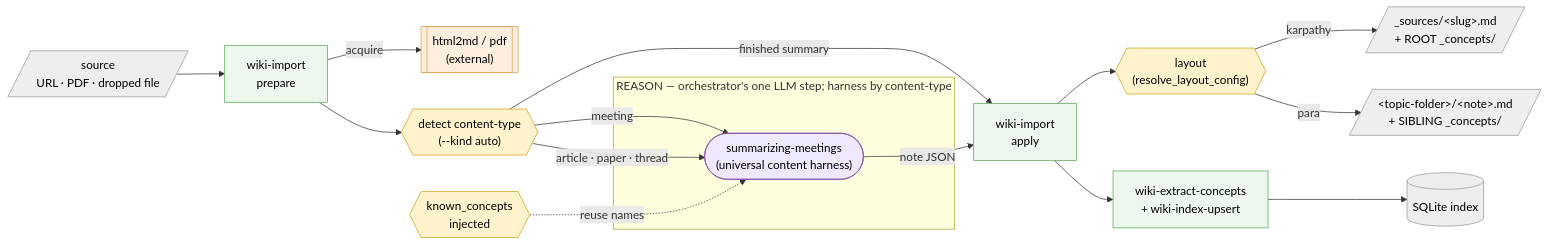
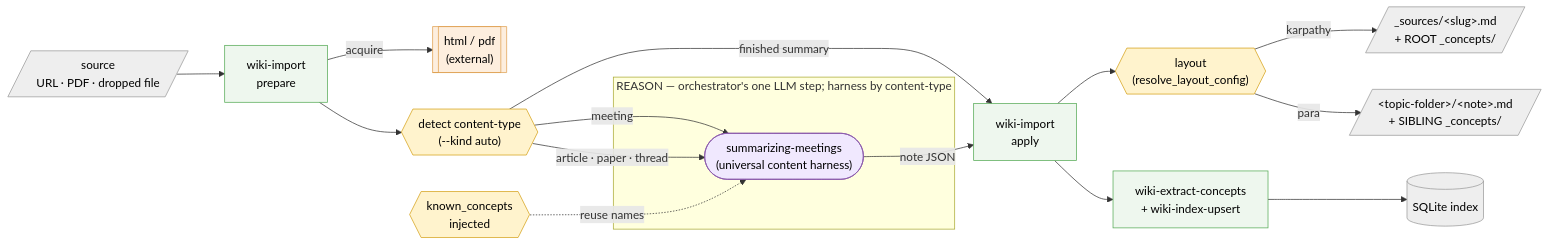
Before and after one commit to MatrixFounder/llm-wiki: the second of 3 diagrams in docs/architectures/functional-architecture.md, drawn with Mermaid. The commit also changed 14 other files, not shown here.

````diff
--- a/docs/architectures/functional-architecture.md
+++ b/docs/architectures/functional-architecture.md
@@ -715,24 +715,24 @@
 ```mermaid
 flowchart LR
     SRC[/"source<br/>URL · PDF · dropped file"/] --> PREP["wiki-import<br/>prepare"]
-    PREP -->|acquire| ACQ[["html2md / pdf<br/>(external)"]]
+    PREP -->|acquire| ACQ[["html / pdf<br/>(external)"]]
     PREP --> KIND{{"detect content-type<br/>(--kind auto)"}}
     KIND -->|meeting| R
     KIND -->|article · paper · thread| R
     KIND -->|finished summary| FILE
     KC{{"known_concepts<br/>injected"}} -.->|reuse names| R
     subgraph REASON["REASON — orchestrator's one LLM step; harness by content-type"]
       R(["summarizing-meetings<br/>(universal content harness)"])
     end
     R -->|note JSON| FILE["wiki-import<br/>apply"]
     FILE --> LAY{{"layout<br/>(resolve_layout_config)"}}
     LAY -->|karpathy| KP[/"_sources/&lt;slug&gt;.md<br/>+ ROOT _concepts/"/]
     LAY -->|para| PA[/"&lt;topic-folder&gt;/&lt;note&gt;.md<br/>+ SIBLING _concepts/"/]
     FILE --> IDX["wiki-extract-concepts<br/>+ wiki-index-upsert"] --> DB[("SQLite index")]
     classDef cli fill:#eef7ee,stroke:#5a5,color:#000;
     classDef ext fill:#fdeede,stroke:#e0a050,color:#000;
     classDef disc fill:#fff3cd,stroke:#d4a017,color:#000;
     classDef store fill:#eee,stroke:#999,color:#000;
     classDef harness fill:#f0e8fe,stroke:#85a,color:#000;
     class PREP,FILE,IDX cli; class ACQ ext; class KIND,LAY,KC disc; class SRC,KP,PA,DB store; class R harness;
 ```
````
